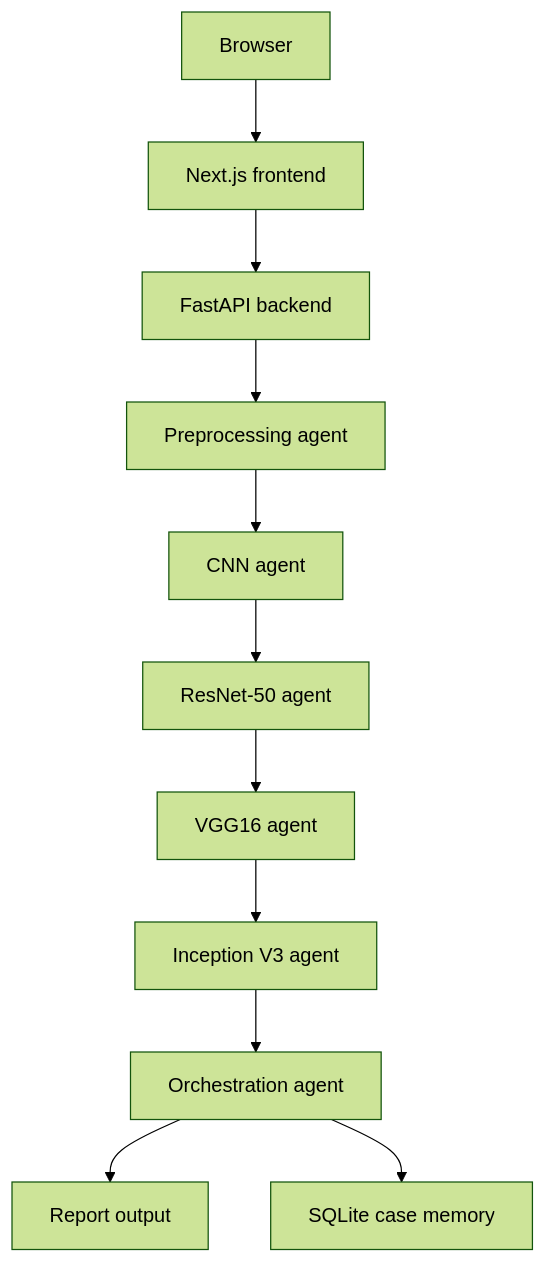
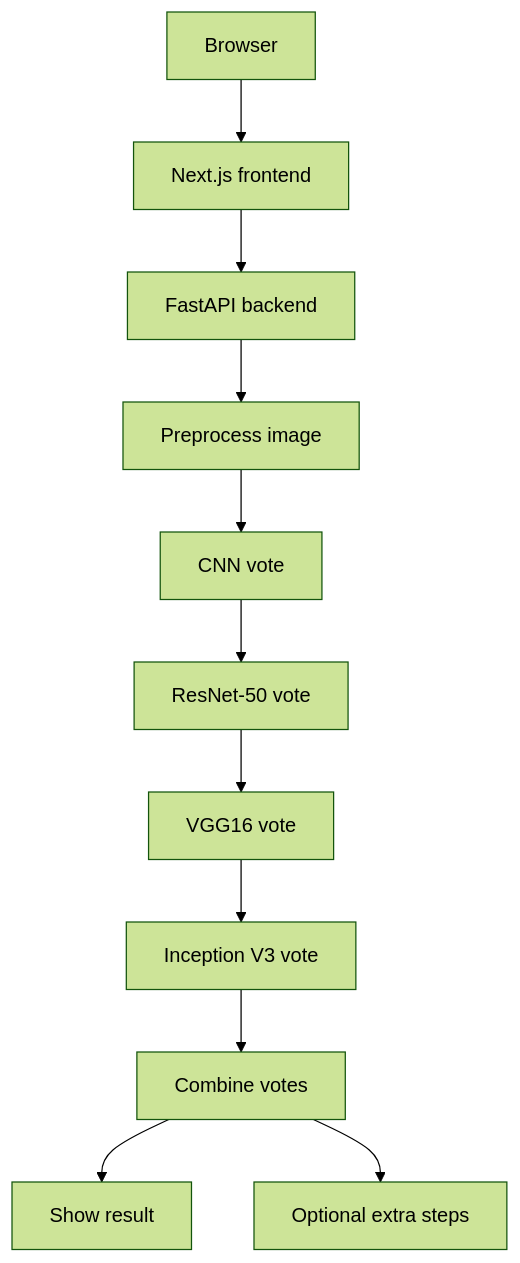
The diagram in docs/architecture.md (TopoVista/MRI-Brain-Tumor-Detection-Agentic-AI), drawn with Mermaid (forest theme) before and after one commit. The commit also changed other lines of this file and 17 other files, not shown here.

````diff
--- a/docs/architecture.md
+++ b/docs/architecture.md
@@ -5,13 +5,13 @@
 ```mermaid
 flowchart TD
   U[Browser] --> F[Next.js frontend]
   F --> B[FastAPI backend]
-  B --> P[Preprocessing agent]
-  P --> A1[CNN agent]
-  A1 --> A2[ResNet-50 agent]
-  A2 --> A3[VGG16 agent]
-  A3 --> A4[Inception V3 agent]
-  A4 --> O[Orchestration agent]
-  O --> R[Report output]
-  O --> S[SQLite case memory]
+  B --> P[Preprocess image]
+  P --> M1[CNN vote]
+  M1 --> M2[ResNet-50 vote]
+  M2 --> M3[VGG16 vote]
+  M3 --> M4[Inception V3 vote]
+  M4 --> C[Combine votes]
+  C --> R[Show result]
+  C --> X[Optional extra steps]
 ```
````
